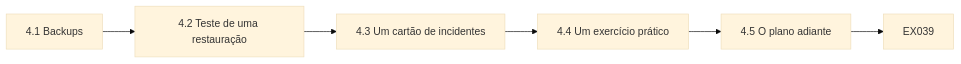
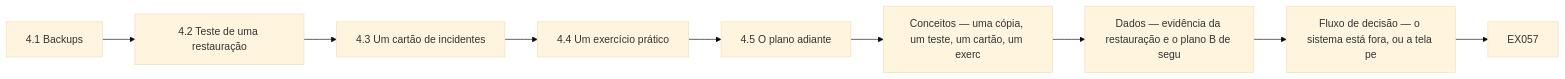
One commit to hiagokinlevi/CyKin changed diagram 11 of 12 in levels/rapid-1-month/information-security/pt/book/MANUSCRIPT.md. Above: the diagram before and after it, drawn with Mermaid (base theme). The commit also changed other lines of this file and 1 other file, not shown here.

````diff
--- a/levels/rapid-1-month/information-security/pt/book/MANUSCRIPT.md
+++ b/levels/rapid-1-month/information-security/pt/book/MANUSCRIPT.md
@@ -462,9 +666,12 @@
 ```mermaid
 flowchart LR
   N0["4.1 Backups"]
   N1["4.2 Teste de uma restauração"]
   N2["4.3 Um cartão de incidentes"]
   N3["4.4 Um exercício prático"]
   N4["4.5 O plano adiante"]
-  N0 --> N1 --> N2 --> N3 --> N4 --> Q["EX039"]
+  N5["Conceitos — uma cópia, um teste, um cartão, um exerc"]
+  N6["Dados — evidência da restauração e o plano B de segu"]
+  N7["Fluxo de decisão — o sistema está fora, ou a tela pe"]
+  N0 --> N1 --> N2 --> N3 --> N4 --> N5 --> N6 --> N7 --> Q["EX057"]
 ```
````
